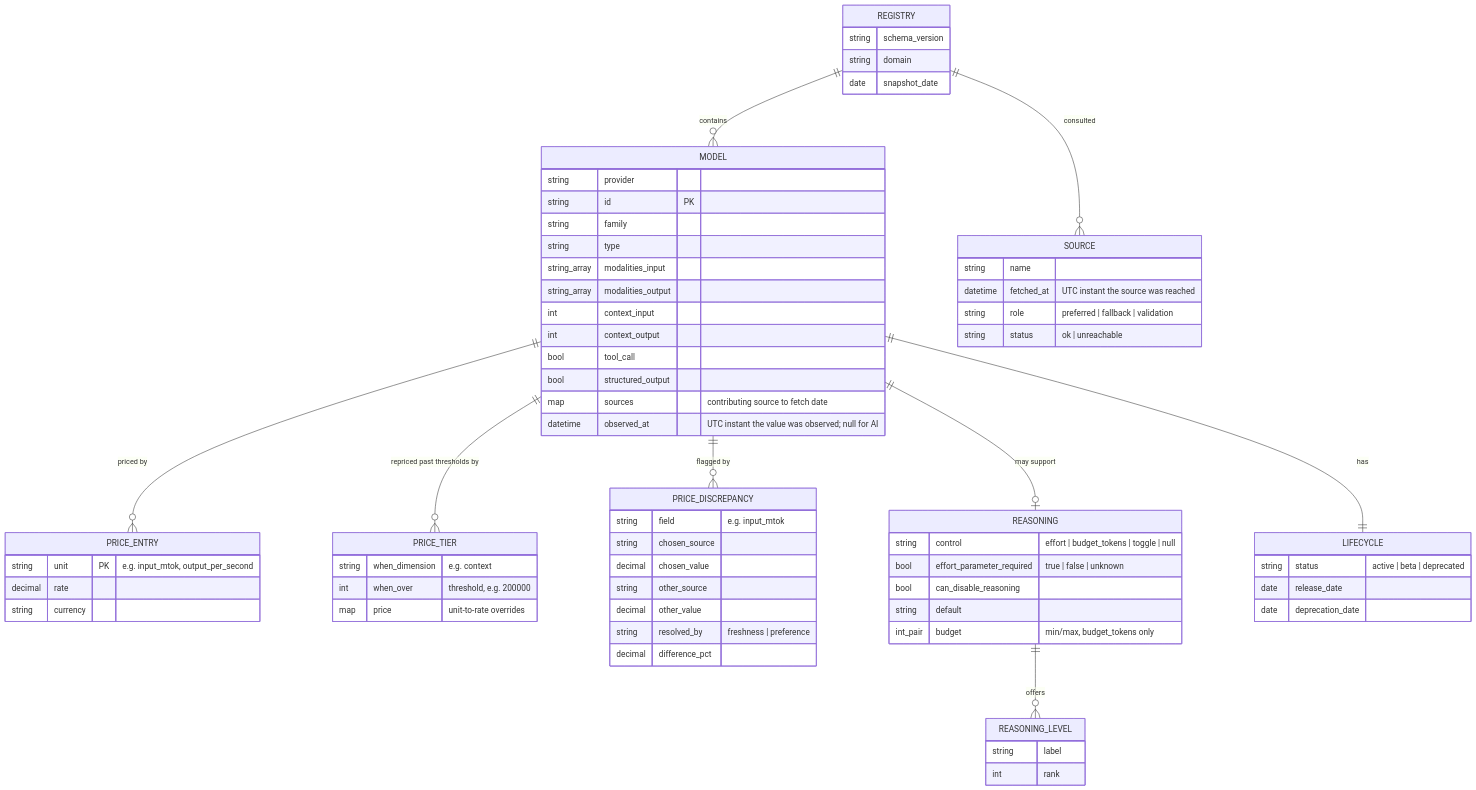
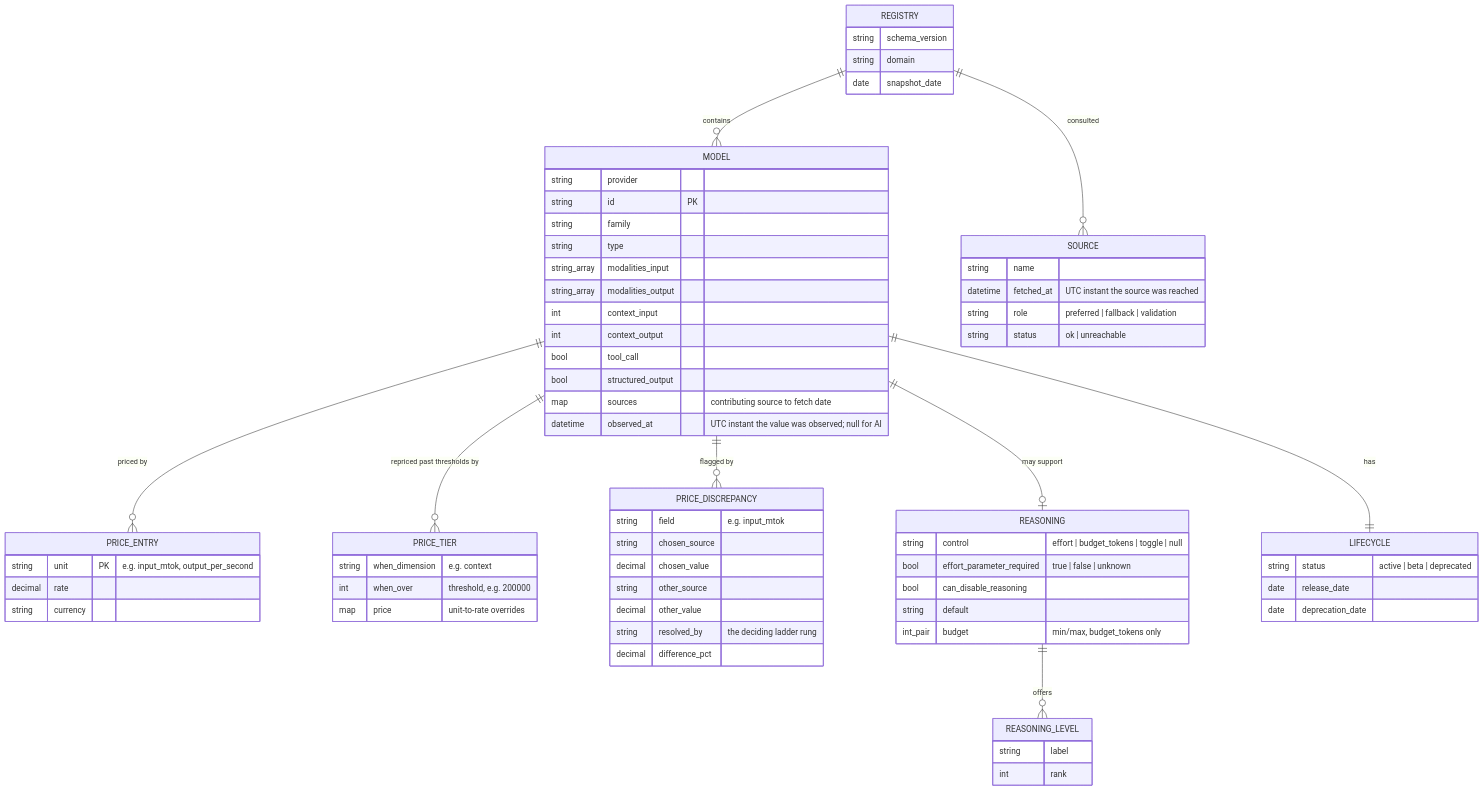
Before and after one commit to shehuphd/rates: the diagram in ERD.md, drawn with Mermaid. The commit also changed other lines of this file and 7 other files, not shown here.

````diff
--- a/ERD.md
+++ b/ERD.md
@@ -9,72 +9,72 @@
 ```mermaid
 erDiagram
     REGISTRY ||--o{ MODEL : contains
     REGISTRY ||--o{ SOURCE : consulted
     MODEL ||--o{ PRICE_ENTRY : "priced by"
     MODEL ||--o{ PRICE_TIER : "repriced past thresholds by"
     MODEL ||--o{ PRICE_DISCREPANCY : "flagged by"
     MODEL ||--o| REASONING : "may support"
     REASONING ||--o{ REASONING_LEVEL : offers
     MODEL ||--|| LIFECYCLE : has
 
     REGISTRY {
         string schema_version
         string domain
         date snapshot_date
     }
     SOURCE {
         string name
         datetime fetched_at "UTC instant the source was reached"
         string role "preferred | fallback | validation"
         string status "ok | unreachable"
     }
     MODEL {
         string provider
         string id PK
         string family
         string type
         string_array modalities_input
         string_array modalities_output
         int context_input
         int context_output
         bool tool_call
         bool structured_output
         map sources "contributing source to fetch date"
         datetime observed_at "UTC instant the value was observed; null for AI"
     }
     PRICE_ENTRY {
         string unit PK "e.g. input_mtok, output_per_second"
         decimal rate
         string currency
     }
     PRICE_DISCREPANCY {
         string field "e.g. input_mtok"
         string chosen_source
         decimal chosen_value
         string other_source
         decimal other_value
-        string resolved_by "freshness | preference"
+        string resolved_by "the deciding ladder rung"
         decimal difference_pct
     }
     PRICE_TIER {
         string when_dimension "e.g. context"
         int when_over "threshold, e.g. 200000"
         map price "unit-to-rate overrides"
     }
     REASONING {
         string control "effort | budget_tokens | toggle | null"
         bool effort_parameter_required "true | false | unknown"
         bool can_disable_reasoning
         string default
         int_pair budget "min/max, budget_tokens only"
     }
     REASONING_LEVEL {
         string label
         int rank
     }
     LIFECYCLE {
         string status "active | beta | deprecated"
         date release_date
         date deprecation_date
     }
 ```
````
